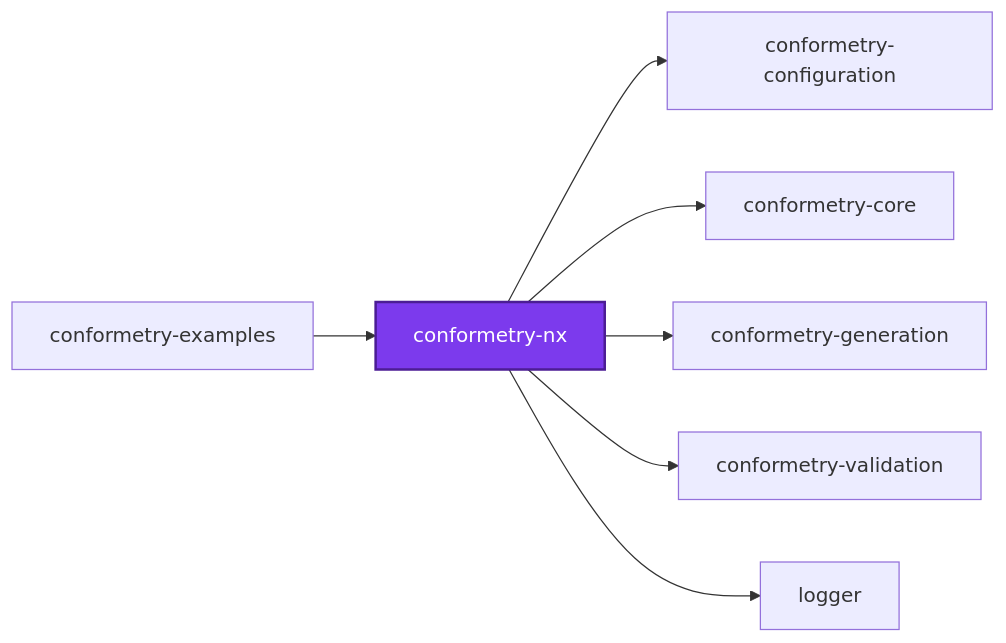
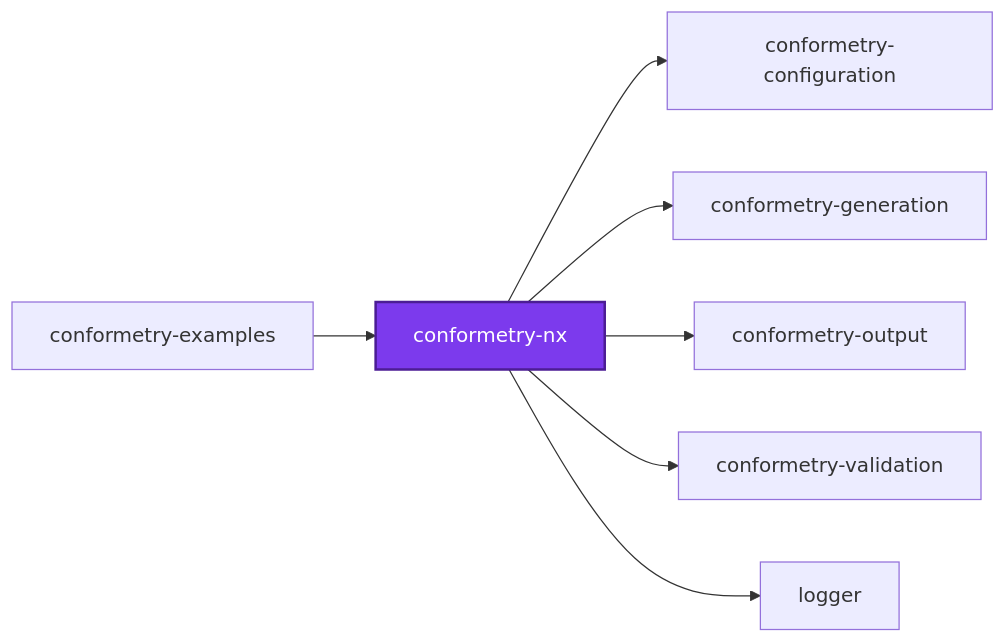
The first of 3 diagrams in packages/ic-suite/conformetry/conformetry-nx/README.md (JimmyPaolini/codebase), drawn with Mermaid before and after one commit. The commit also changed other lines of this file and 164 other files, not shown here.

````diff
--- a/packages/ic-suite/conformetry/conformetry-nx/README.md
+++ b/packages/ic-suite/conformetry/conformetry-nx/README.md
@@ -396,18 +396,18 @@
 ```mermaid
 graph LR
   conformetry_configuration["conformetry-configuration"]
-  conformetry_core["conformetry-core"]
   conformetry_examples["conformetry-examples"]
   conformetry_generation["conformetry-generation"]
   conformetry_nx["conformetry-nx"]
+  conformetry_output["conformetry-output"]
   conformetry_validation["conformetry-validation"]
   logger["logger"]
   conformetry_examples --> conformetry_nx
   conformetry_nx --> conformetry_configuration
-  conformetry_nx --> conformetry_core
   conformetry_nx --> conformetry_generation
+  conformetry_nx --> conformetry_output
   conformetry_nx --> conformetry_validation
   conformetry_nx --> logger
   classDef subject fill:#7c3aed,color:#fff,stroke:#4c1d95,stroke-width:2px
   class conformetry_nx subject
 ```
````
